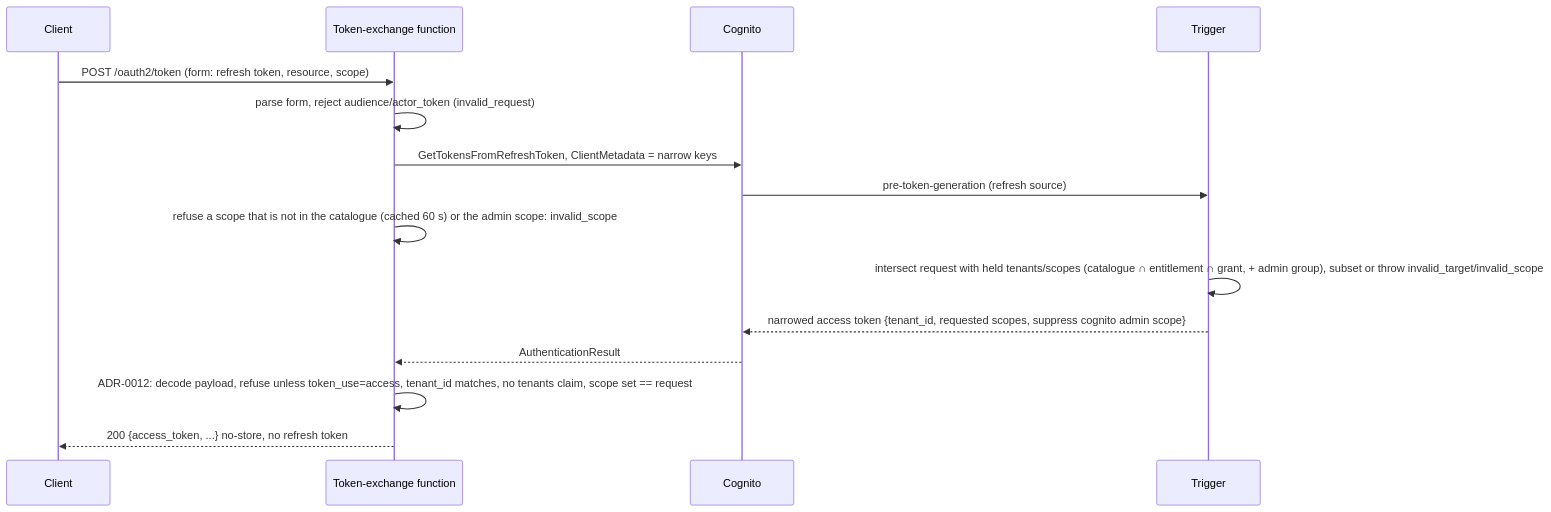
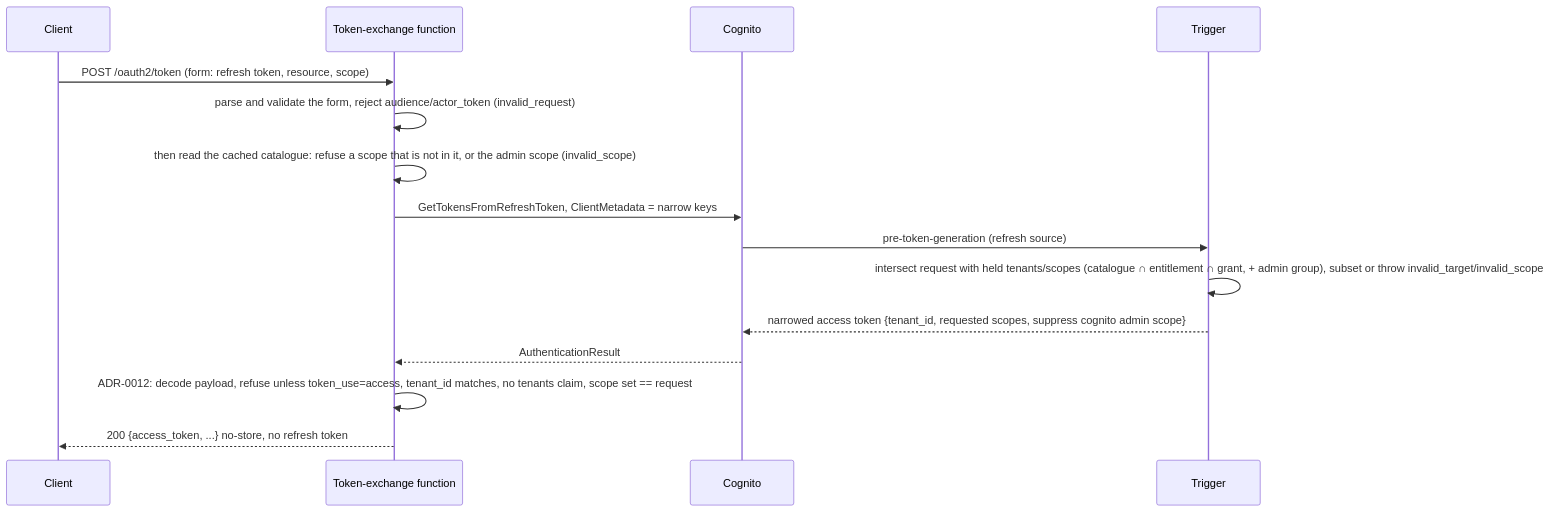
The third of 5 diagrams in samples/tenant-identity/architecture.md (aws-samples/sample-agentic-ai-acceleration-patterns), drawn with Mermaid before and after one commit. The commit also changed other lines of this file and 7 other files, not shown here.

````diff
--- a/samples/tenant-identity/architecture.md
+++ b/samples/tenant-identity/architecture.md
@@ -429,17 +445,17 @@
 ```mermaid
 sequenceDiagram
     participant X as Client
     participant E as Token-exchange function
     participant C as Cognito
     participant T as Trigger
     X->>E: POST /oauth2/token (form: refresh token, resource, scope)
-    E->>E: parse form, reject audience/actor_token (invalid_request)
+    E->>E: parse and validate the form, reject audience/actor_token (invalid_request)
+    E->>E: then read the cached catalogue: refuse a scope that is not in it, or the admin scope (invalid_scope)
     E->>C: GetTokensFromRefreshToken, ClientMetadata = narrow keys
     C->>T: pre-token-generation (refresh source)
-    E->>E: refuse a scope that is not in the catalogue (cached 60 s) or the admin scope: invalid_scope
     T->>T: intersect request with held tenants/scopes (catalogue ∩ entitlement ∩ grant, + admin group), subset or throw invalid_target/invalid_scope
     T-->>C: narrowed access token {tenant_id, requested scopes, suppress cognito admin scope}
     C-->>E: AuthenticationResult
     E->>E: ADR-0012: decode payload, refuse unless token_use=access, tenant_id matches, no tenants claim, scope set == request
     E-->>X: 200 {access_token, ...} no-store, no refresh token
 ```
````
